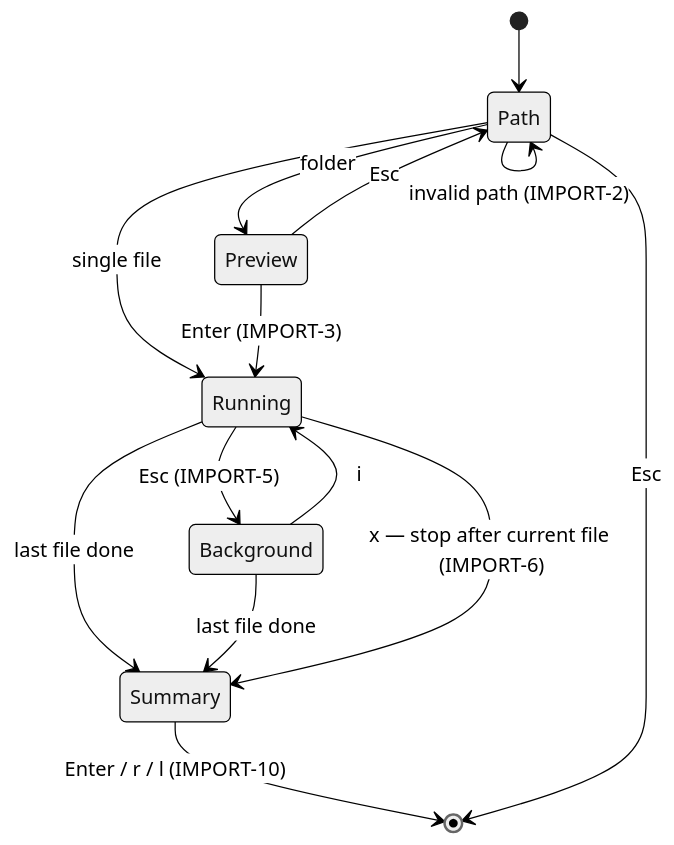
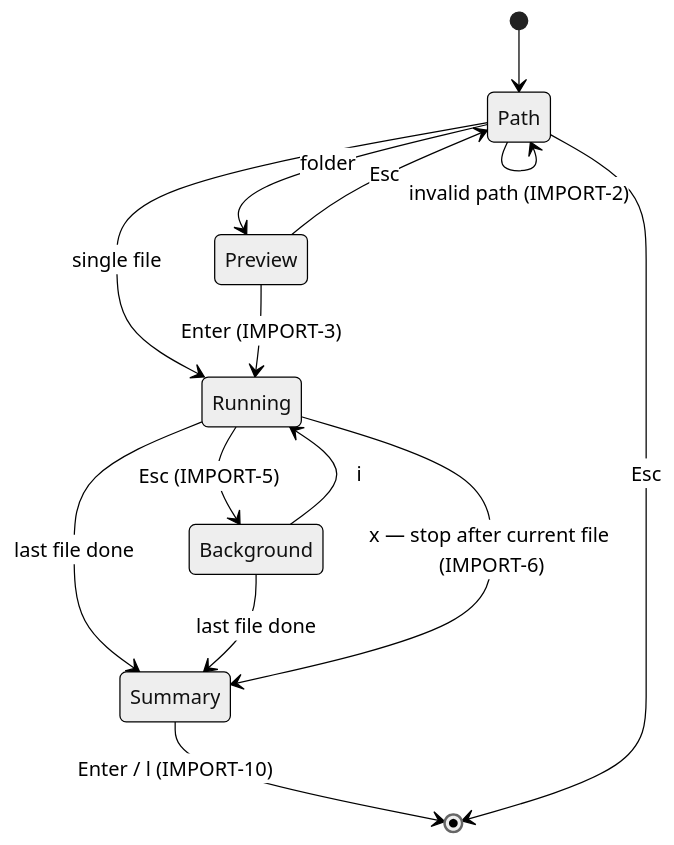
One commit to konoerik/bookman-tui changed the diagram in docs/FLOWS.md. Above: the diagram before and after it, drawn with Mermaid (neutral theme). The commit also changed other lines of this file and 3 other files, not shown here.

````diff
--- a/docs/FLOWS.md
+++ b/docs/FLOWS.md
@@ -289,16 +289,16 @@
 ```mermaid
 stateDiagram-v2
     [*] --> Path
     Path --> Path: invalid path (IMPORT-2)
     Path --> Preview: folder
     Path --> Running: single file
     Preview --> Path: Esc
     Preview --> Running: Enter (IMPORT-3)
     Running --> Background: Esc (IMPORT-5)
     Background --> Running: i
     Running --> Summary: last file done
     Background --> Summary: last file done
     Running --> Summary: x — stop after current file (IMPORT-6)
-    Summary --> [*]: Enter / r / l (IMPORT-10)
+    Summary --> [*]: Enter / l (IMPORT-10)
     Path --> [*]: Esc
 ```
````
